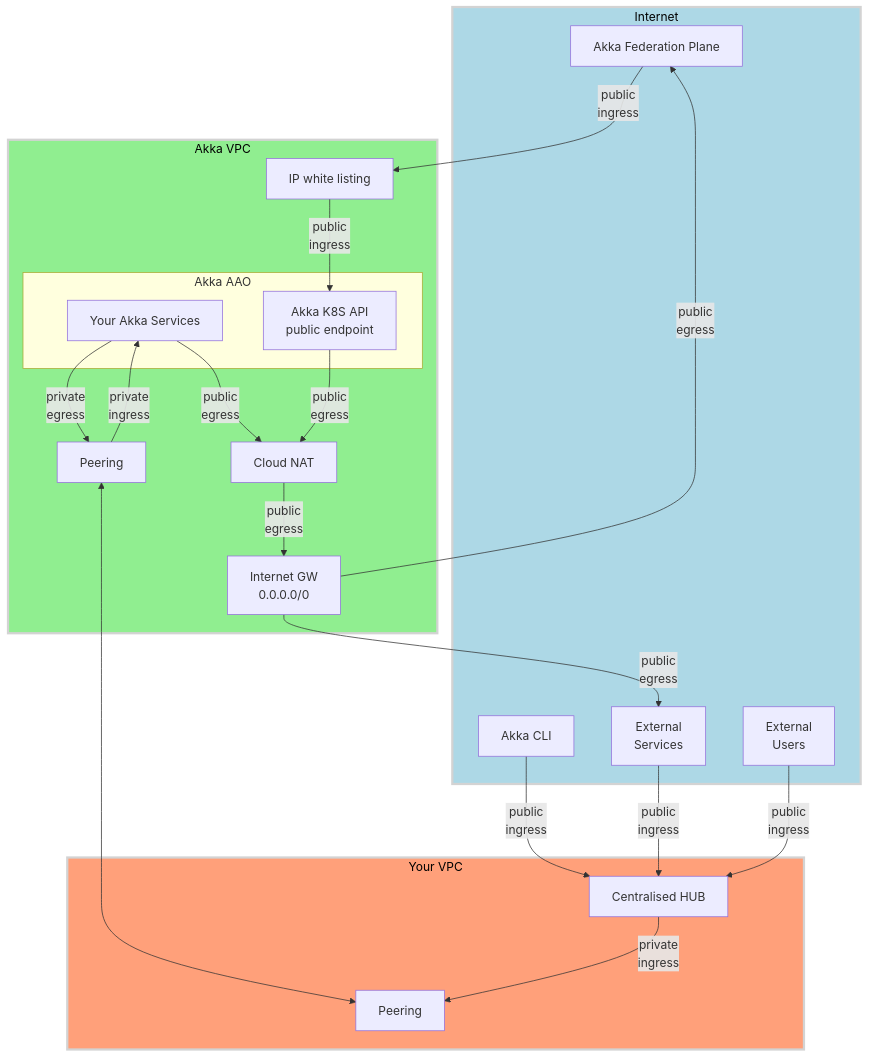
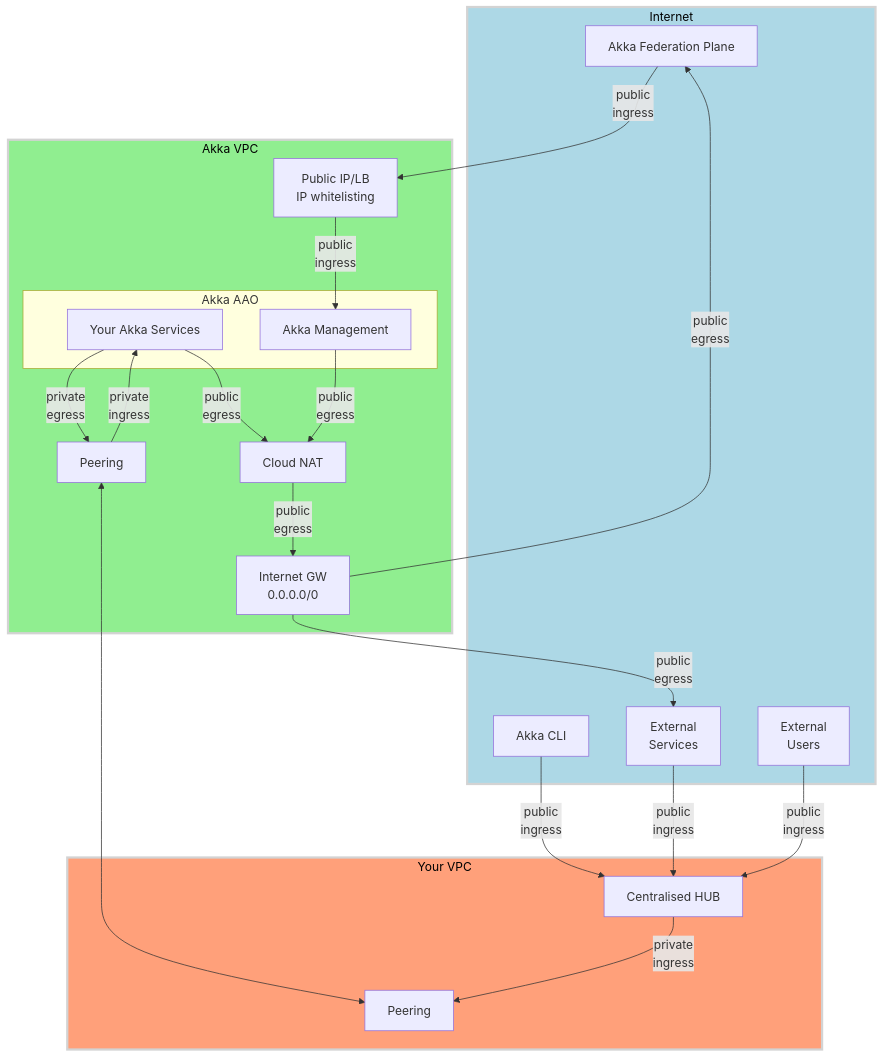
The first of 3 diagrams in hub-and-spoke.md (aklikic/aao), drawn with Mermaid before and after one commit. The commit also changed other lines of this file, not shown here.

Commit message:
Renamed K8S API to Akka management

````diff
--- a/hub-and-spoke.md
+++ b/hub-and-spoke.md
@@ -15,54 +16,54 @@
 ```mermaid
 ---
 config:
   theme: mc
   look: classic
 ---
 graph TB
     
     subgraph CUSTOMER_VPC[Your VPC]
         CUST_PEERING[Peering]
         HUB[Centralised HUB]
     end
 
     subgraph INT[Internet]
         AKKA_FED_PLAN[Akka Federation Plane]
         INT_SRVS[External<br>Services]
         USER[External<br>Users]
         ADMIN[Akka CLI]
     end
 
     subgraph AKKA_VPC[Akka VPC]
         subgraph AAO[Akka AAO]
             SRVS[Your Akka Services]
-            K8S_API[Akka K8S API <br> public endpoint]
+            AKKA_MGMT[Akka Management]
         end
         CLOUD_NAT[Cloud NAT]
-        PUBLIC_LB[IP white listing]
+        PUBLIC_LB[Public IP/LB <br>IP whitelisting]
         INT_GW[Internet GW<br>0.0.0.0/0]
         AKKA_PEERING[Peering]
     end
 
    CLOUD_NAT --> |public<br>egress| INT_GW
    INT_GW --> |public<br>egress| AKKA_FED_PLAN
    INT_GW --> |public<br>egress| INT_SRVS
    SRVS --> |public<br>egress| CLOUD_NAT
-   K8S_API --> |public<br>egress| CLOUD_NAT
+   AKKA_MGMT --> |public<br>egress| CLOUD_NAT
 
    SRVS --> |private<br>egress| AKKA_PEERING
    AKKA_PEERING <--> CUST_PEERING
 
    ADMIN --> |public<br>ingress|HUB
    AKKA_FED_PLAN --> |public<br>ingress|PUBLIC_LB
-   PUBLIC_LB --> |public<br>ingress|K8S_API
+   PUBLIC_LB --> |public<br>ingress|AKKA_MGMT
 
    INT_SRVS --> |public<br>ingress|HUB
    USER --> |public<br>ingress|HUB
    HUB --> |private<br>ingress|CUST_PEERING
    AKKA_PEERING --> |private<br>ingress|SRVS
 
     
     style INT fill:lightblue,stroke:lightgray,stroke-width:3px,color:black
     style AKKA_VPC fill:lightgreen,stroke:lightgray,stroke-width:3px,color:black
     style CUSTOMER_VPC fill:lightsalmon,stroke:lightgray,stroke-width:3px,color:black
 ```
````
